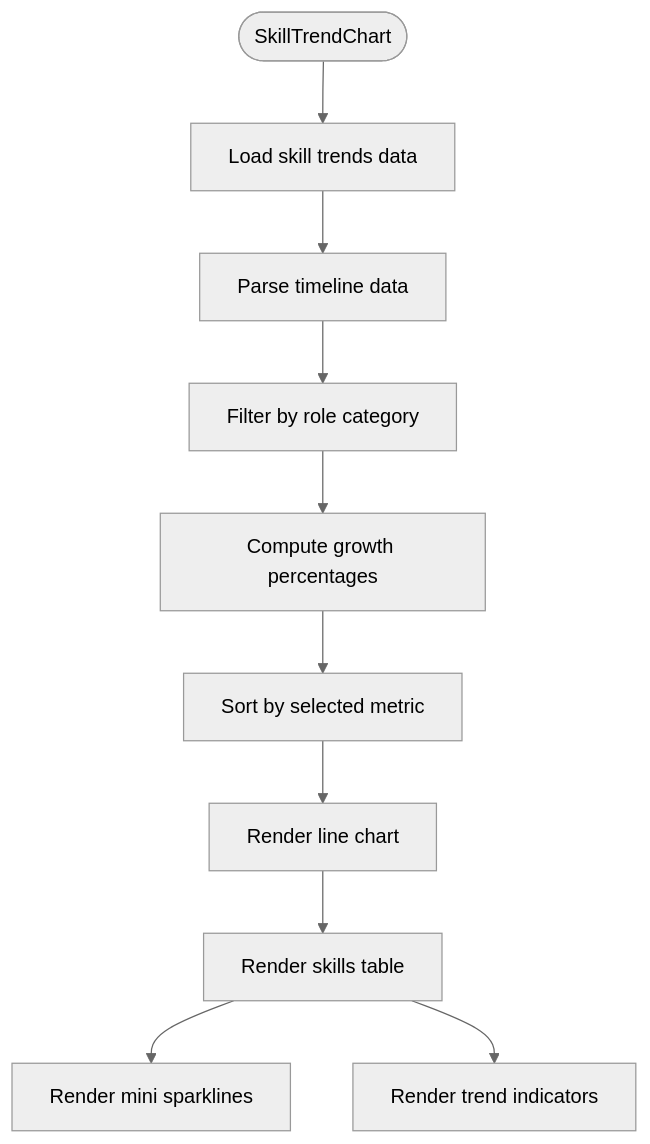
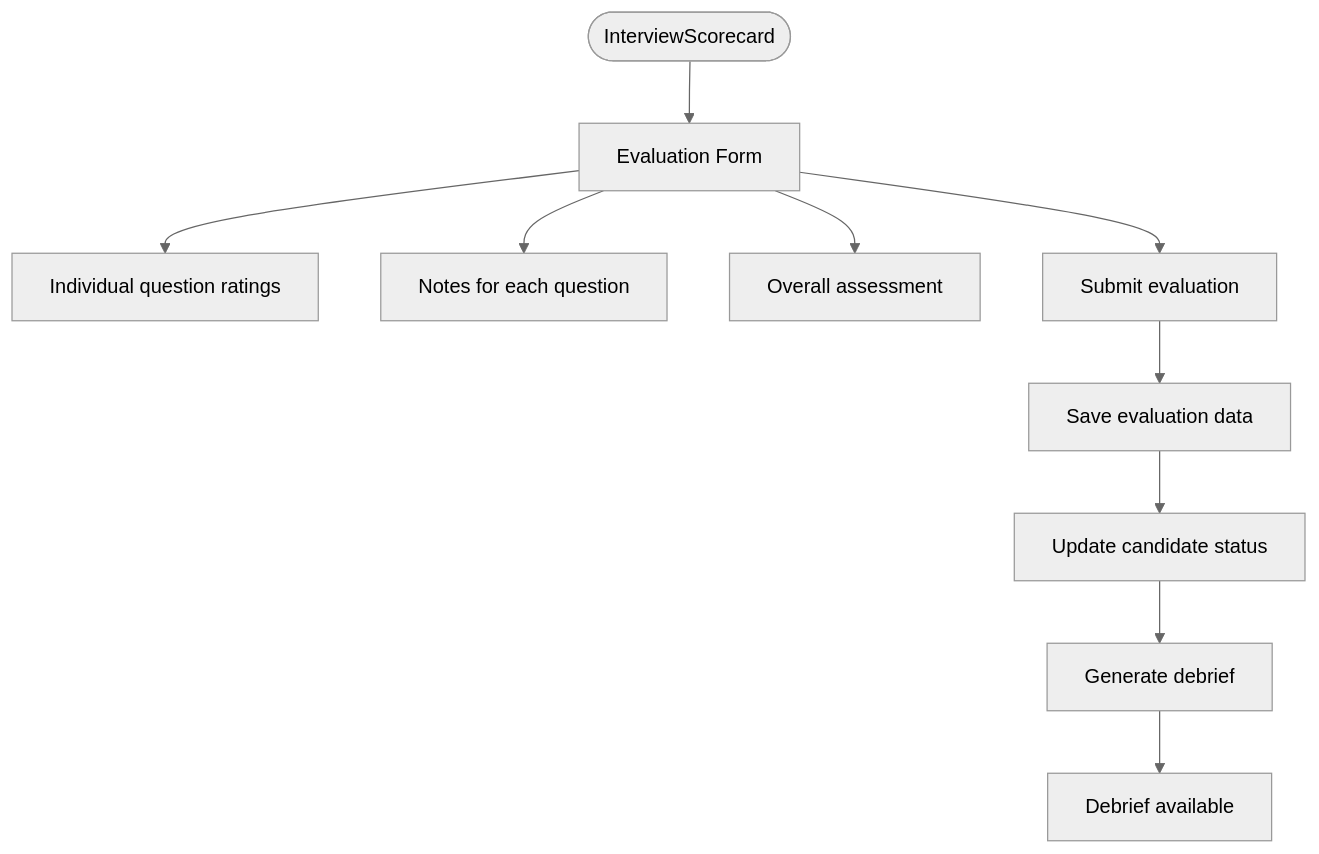
Before and after one commit to Revanththetalogics/aireume: the seventh of 29 diagrams in .qoder/repowiki/en/content/Frontend Architecture/Frontend Architecture.md, drawn with Mermaid (neutral theme). The commit also changed other lines of this file and 7 other files, not shown here.

````diff
--- a/.qoder/repowiki/en/content/Frontend Architecture/Frontend Architecture.md
+++ b/.qoder/repowiki/en/content/Frontend Architecture/Frontend Architecture.md
@@ -762,12 +689,12 @@
 ```mermaid
 flowchart TD
-Start(["SkillTrendChart"]) --> LoadData["Load skill trends data"]
-LoadData --> ParseData["Parse timeline data"]
-ParseData --> FilterCategory["Filter by role category"]
-FilterCategory --> ComputeMetrics["Compute growth percentages"]
-ComputeMetrics --> SortSkills["Sort by selected metric"]
-SortSkills --> RenderChart["Render line chart"]
-RenderChart --> RenderTable["Render skills table"]
-RenderTable --> MiniSparklines["Render mini sparklines"]
-RenderTable --> DirectionIndicators["Render trend indicators"]
+Start(["InterviewScorecard"]) --> EvaluationForm["Evaluation Form"]
+EvaluationForm --> Ratings["Individual question ratings"]
+EvaluationForm --> Notes["Notes for each question"]
+EvaluationForm --> Overall["Overall assessment"]
+EvaluationForm --> Submit["Submit evaluation"]
+Submit --> Save["Save evaluation data"]
+Save --> UpdateStatus["Update candidate status"]
+UpdateStatus --> GenerateDebrief["Generate debrief"]
+GenerateDebrief --> Success["Debrief available"]
 ```
````
